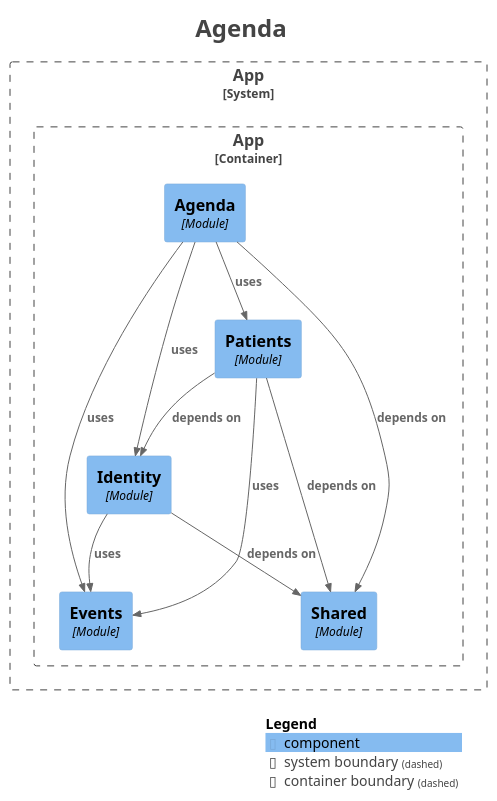
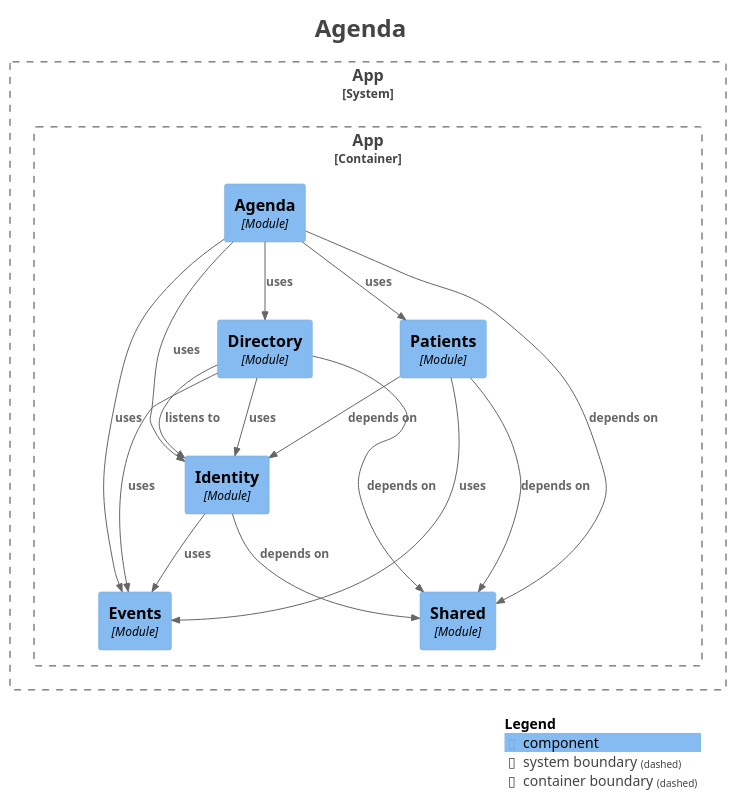
Before and after one commit to mrscams/psymate-api: the diagram in docs/generated/module-agenda.puml, drawn with PlantUML. The commit also changed 29 other files, not shown here.

```diff
--- a/docs/generated/module-agenda.puml
+++ b/docs/generated/module-agenda.puml
@@ -1,41 +1,47 @@
 @startuml
 title <size:24>Agenda</size>
 
 set separator none
 top to bottom direction
 
 <style>
   root {
     BackgroundColor: #ffffff
     FontColor: #444444
   }
 </style>
 
 !include <C4/C4>
 !include <C4/C4_Context>
 !include <C4/C4_Component>
 
 System_Boundary("App_boundary", "App", $tags="") {
   Container_Boundary("App.App_boundary", "App", $tags="") {
     Component(App.App.Agenda, "Agenda", $techn="Module", $descr="", $tags="", $link="")
+    Component(App.App.Directory, "Directory", $techn="Module", $descr="", $tags="", $link="")
     Component(App.App.Events, "Events", $techn="Module", $descr="", $tags="", $link="")
     Component(App.App.Identity, "Identity", $techn="Module", $descr="", $tags="", $link="")
     Component(App.App.Patients, "Patients", $techn="Module", $descr="", $tags="", $link="")
     Component(App.App.Shared, "Shared", $techn="Module", $descr="", $tags="", $link="")
   }
 
 }
 
+Rel(App.App.Agenda, App.App.Directory, "uses", $techn="", $tags="", $link="")
 Rel(App.App.Agenda, App.App.Events, "uses", $techn="", $tags="", $link="")
 Rel(App.App.Agenda, App.App.Identity, "uses", $techn="", $tags="", $link="")
 Rel(App.App.Agenda, App.App.Patients, "uses", $techn="", $tags="", $link="")
 Rel(App.App.Agenda, App.App.Shared, "depends on", $techn="", $tags="", $link="")
+Rel(App.App.Directory, App.App.Events, "uses", $techn="", $tags="", $link="")
+Rel(App.App.Directory, App.App.Identity, "listens to", $techn="", $tags="", $link="")
+Rel(App.App.Directory, App.App.Identity, "uses", $techn="", $tags="", $link="")
+Rel(App.App.Directory, App.App.Shared, "depends on", $techn="", $tags="", $link="")
 Rel(App.App.Identity, App.App.Events, "uses", $techn="", $tags="", $link="")
 Rel(App.App.Identity, App.App.Shared, "depends on", $techn="", $tags="", $link="")
 Rel(App.App.Patients, App.App.Events, "uses", $techn="", $tags="", $link="")
 Rel(App.App.Patients, App.App.Identity, "depends on", $techn="", $tags="", $link="")
 Rel(App.App.Patients, App.App.Shared, "depends on", $techn="", $tags="", $link="")
 
 SHOW_LEGEND(true)
 hide stereotypes
 @enduml
```
